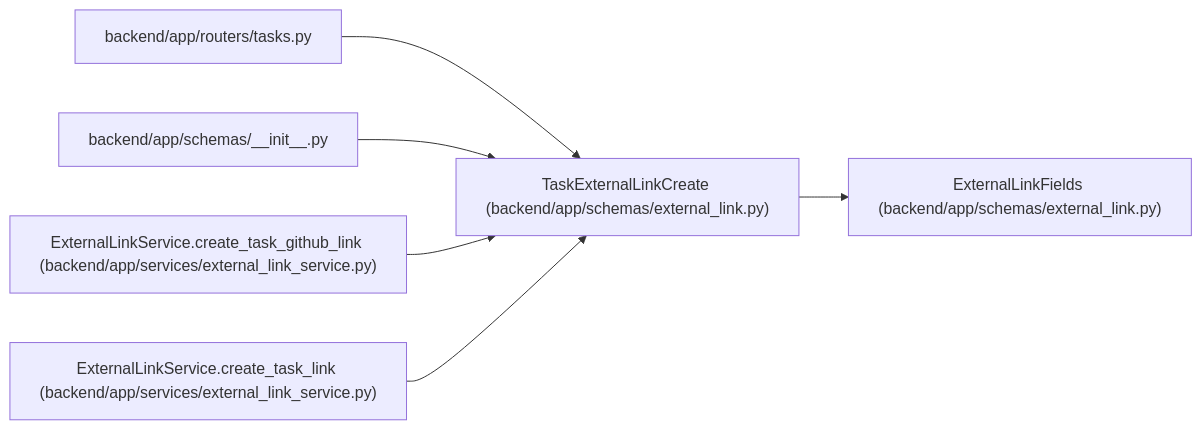
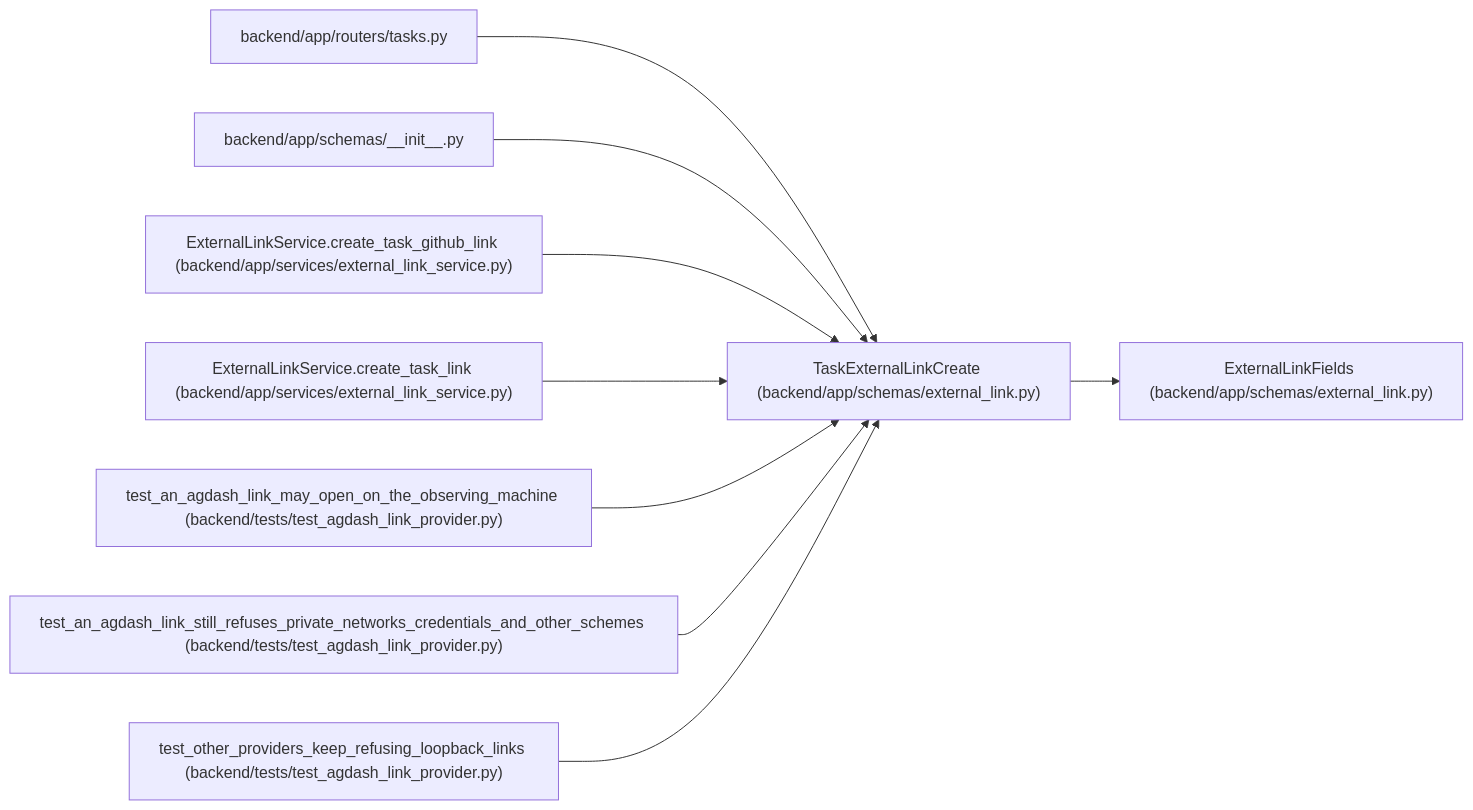
One commit to Denissvgn/WorkChord changed the diagram in docs/llm_wiki/entities/TaskExternalLinkCreate.md. Above: the diagram before and after it, drawn with Mermaid. The commit also changed other lines of this file and 754 other files, not shown here.

Commit message:
docs(wiki): refresh for agdash session links

````diff
--- a/docs/llm_wiki/entities/TaskExternalLinkCreate.md
+++ b/docs/llm_wiki/entities/TaskExternalLinkCreate.md
@@ -29,20 +29,29 @@
 ```mermaid
 flowchart LR
     n0["TaskExternalLinkCreate (backend/app/schemas/external_link.py)"]
     n1["ExternalLinkFields (backend/app/schemas/external_link.py)"]
     n2["backend/app/routers/tasks.py"]
     n3["backend/app/schemas/__init__.py"]
     n4["ExternalLinkService.create_task_github_link (backend/app/services/external_link_service.py)"]
     n5["ExternalLinkService.create_task_link (backend/app/services/external_link_service.py)"]
+    n6["test_an_agdash_link_may_open_on_the_observing_machine (backend/tests/test_agdash_link_provider.py)"]
+    n7["test_an_agdash_link_still_refuses_private_networks_credentials_and_other_schemes (backend/tests/test_agdash_link_provider.py)"]
+    n8["test_other_providers_keep_refusing_loopback_links (backend/tests/test_agdash_link_provider.py)"]
     n0 --> n1
     n2 --> n0
     n3 --> n0
     n4 --> n0
     n5 --> n0
+    n6 --> n0
+    n7 --> n0
+    n8 --> n0
     click n0 "../modules/schemas_external_link.md"
     click n1 "../modules/schemas_external_link.md"
     click n2 "../modules/tasks.md"
     click n3 "../modules/schemas___init__.md"
     click n4 "../modules/external_link_service.md"
     click n5 "../modules/external_link_service.md"
+    click n6 "../modules/test_agdash_link_provider.md"
+    click n7 "../modules/test_agdash_link_provider.md"
+    click n8 "../modules/test_agdash_link_provider.md"
 ```
````
